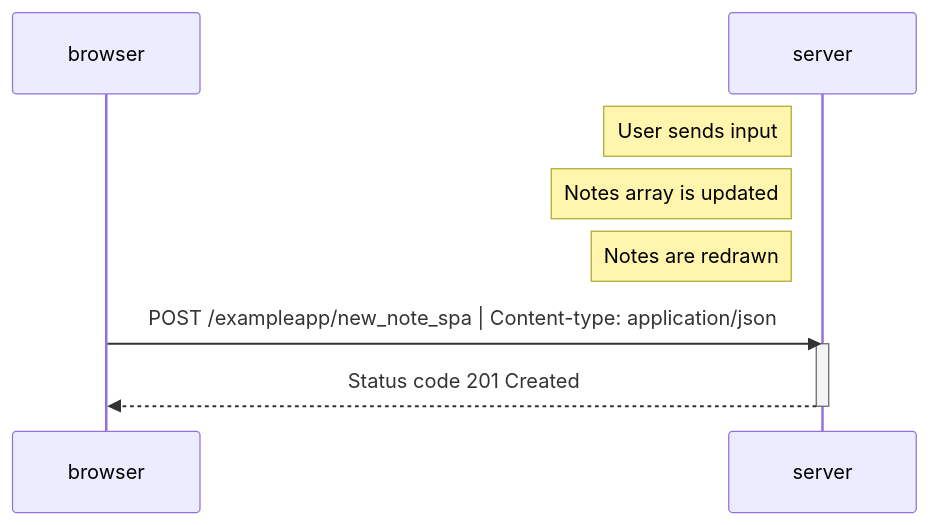
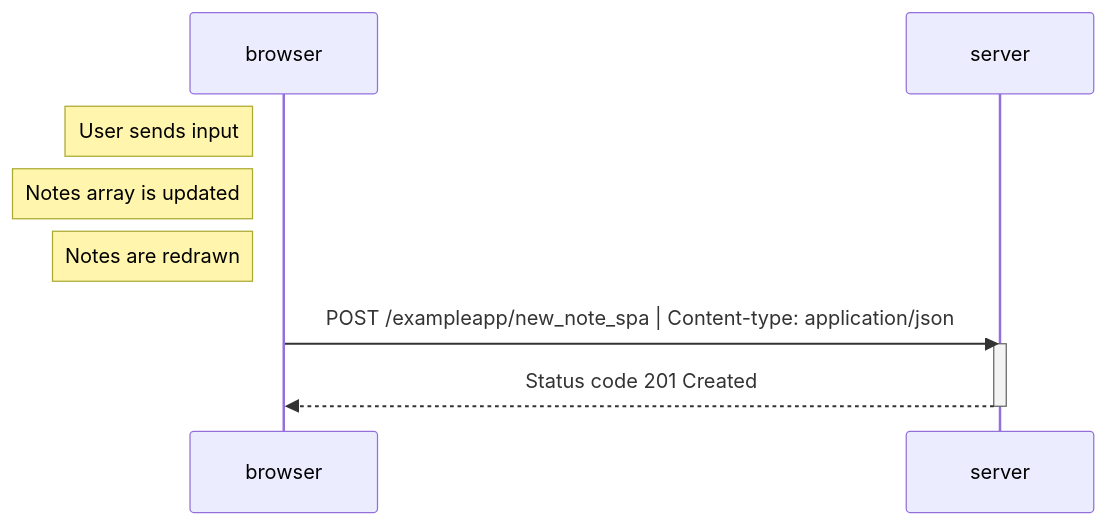
The diagram in part0/new_note_spa.md (rodrigotv/fullstackopen), drawn with Mermaid before and after one commit.

````diff
--- a/part0/new_note_spa.md
+++ b/part0/new_note_spa.md
@@ -1,14 +1,14 @@
 ```mermaid
 sequenceDiagram
     participant browser
     participant server
 
-    Note left of server: User sends input
-    Note left of server: Notes array is updated
-    Note left of server: Notes are redrawn
+    Note left of browser: User sends input
+    Note left of browser: Notes array is updated
+    Note left of browser: Notes are redrawn
 
     browser->>server: POST /exampleapp/new_note_spa | Content-type: application/json
     activate server
     server-->>browser: Status code 201 Created
     deactivate server
 ```
````
